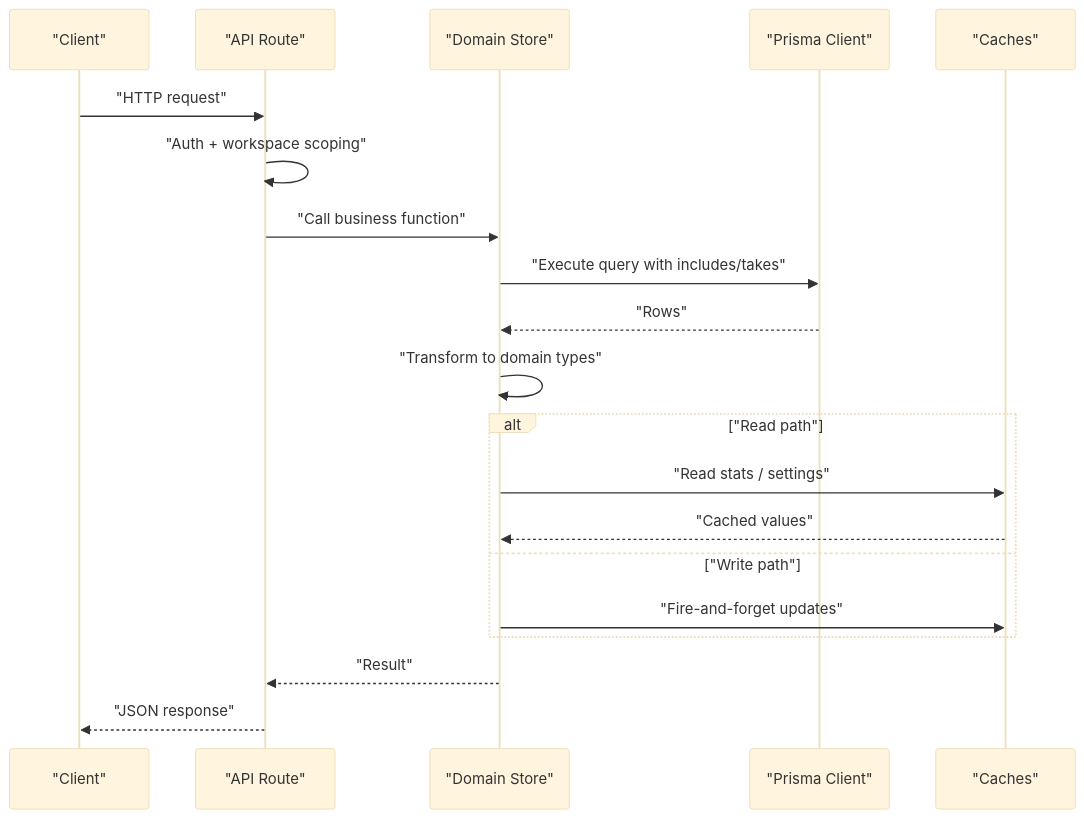
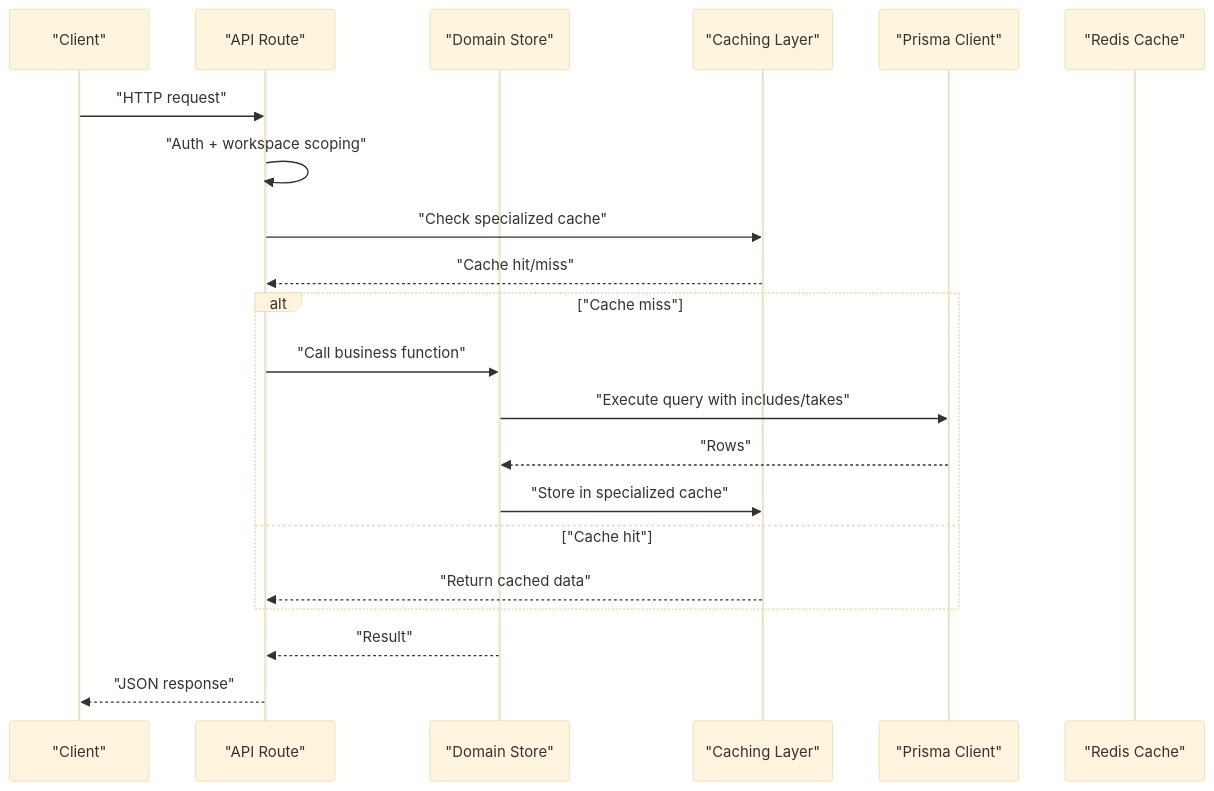
The second of 12 diagrams in .qoder/repowiki/en/content/Database & Data Layer/Data Access Patterns & Performance.md (shekhargiri005-dotcom/AI-powered-accessibility-first-UI-engine), drawn with Mermaid (base theme) before and after one commit. The commit also changed other lines of this file and 8 other files, not shown here.

````diff
--- a/.qoder/repowiki/en/content/Database & Data Layer/Data Access Patterns & Performance.md
+++ b/.qoder/repowiki/en/content/Database & Data Layer/Data Access Patterns & Performance.md
@@ -122,22 +163,23 @@
 ```mermaid
 sequenceDiagram
 participant Client as "Client"
 participant API as "API Route"
 participant Store as "Domain Store"
+participant Cache as "Caching Layer"
 participant DB as "Prisma Client"
-participant Cache as "Caches"
+participant Redis as "Redis Cache"
 Client->>API : "HTTP request"
 API->>API : "Auth + workspace scoping"
+API->>Cache : "Check specialized cache"
+Cache-->>API : "Cache hit/miss"
+alt "Cache miss"
 API->>Store : "Call business function"
 Store->>DB : "Execute query with includes/takes"
 DB-->>Store : "Rows"
-Store->>Store : "Transform to domain types"
-alt "Read path"
-Store->>Cache : "Read stats / settings"
-Cache-->>Store : "Cached values"
-else "Write path"
-Store->>Cache : "Fire-and-forget updates"
+Store->>Cache : "Store in specialized cache"
+else "Cache hit"
+Cache-->>API : "Return cached data"
 end
 Store-->>API : "Result"
 API-->>Client : "JSON response"
 ```
````
